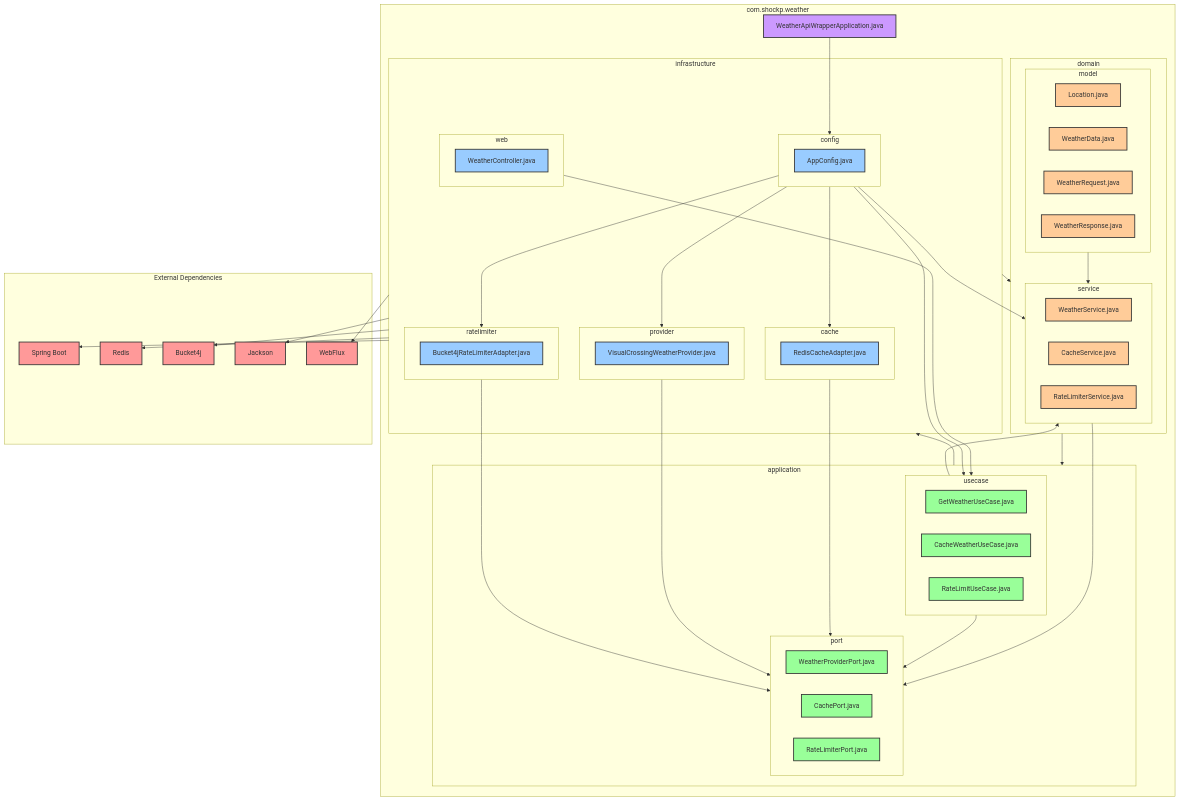
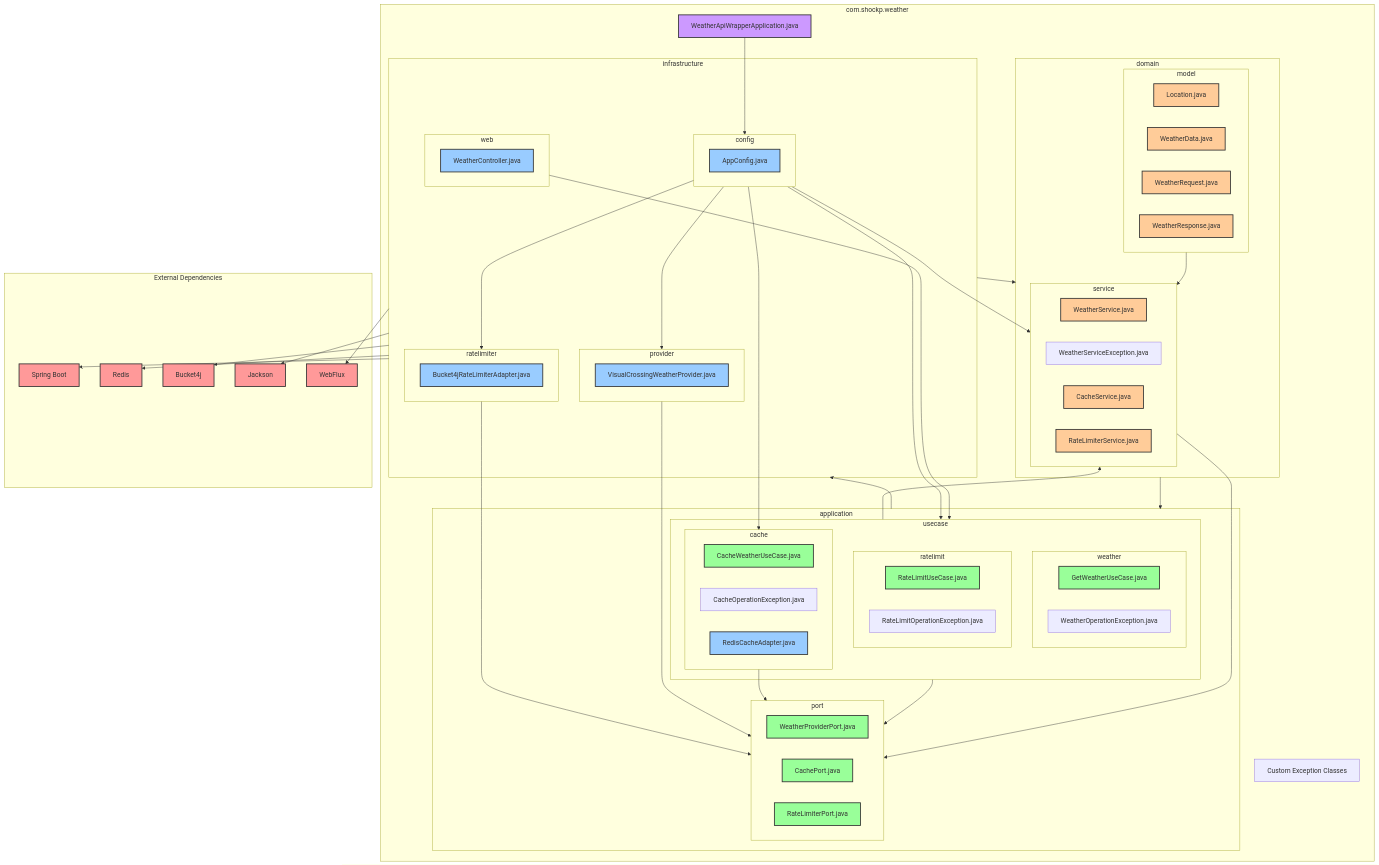
Before and after one commit to Shockp/Backend-Projects: the diagram in weather-api-wrapper-service/UML Diagrams/PackageDiagram.md, drawn with Mermaid. The commit also changed other lines of this file and 6 other files, not shown here.

Commit message:
UML Diagrams updated

```diff
--- a/weather-api-wrapper-service/UML Diagrams/PackageDiagram.md
+++ b/weather-api-wrapper-service/UML Diagrams/PackageDiagram.md
@@ -19,6 +19,7 @@
             
             subgraph "service"
                 WEATHER_SERVICE[WeatherService.java]
+                WEATHER_SERVICE_EX[WeatherServiceException.java]
                 CACHE_SERVICE[CacheService.java]
                 RATE_LIMITER_SERVICE[RateLimiterService.java]
             end
@@ -32,9 +33,18 @@
             end
             
             subgraph "usecase"
-                GET_WEATHER_UC[GetWeatherUseCase.java]
-                CACHE_WEATHER_UC[CacheWeatherUseCase.java]
-                RATE_LIMIT_UC[RateLimitUseCase.java]
+                subgraph "weather"
+                    GET_WEATHER_UC[GetWeatherUseCase.java]
+                    WEATHER_OPERATION_EX[WeatherOperationException.java]
+                end
+                subgraph "cache"
+                    CACHE_WEATHER_UC[CacheWeatherUseCase.java]
+                    CACHE_OPERATION_EX[CacheOperationException.java]
+                end
+                subgraph "ratelimit"
+                    RATE_LIMIT_UC[RateLimitUseCase.java]
+                    RATE_LIMIT_OPERATION_EX[RateLimitOperationException.java]
+                end
             end
         end
         
@@ -61,6 +71,7 @@
         end
         
         MAIN_APP[WeatherApiWrapperApplication.java]
+        ERROR_EXCEPTIONS[Custom Exception Classes]
     end
     
     %% External Dependencies
```
